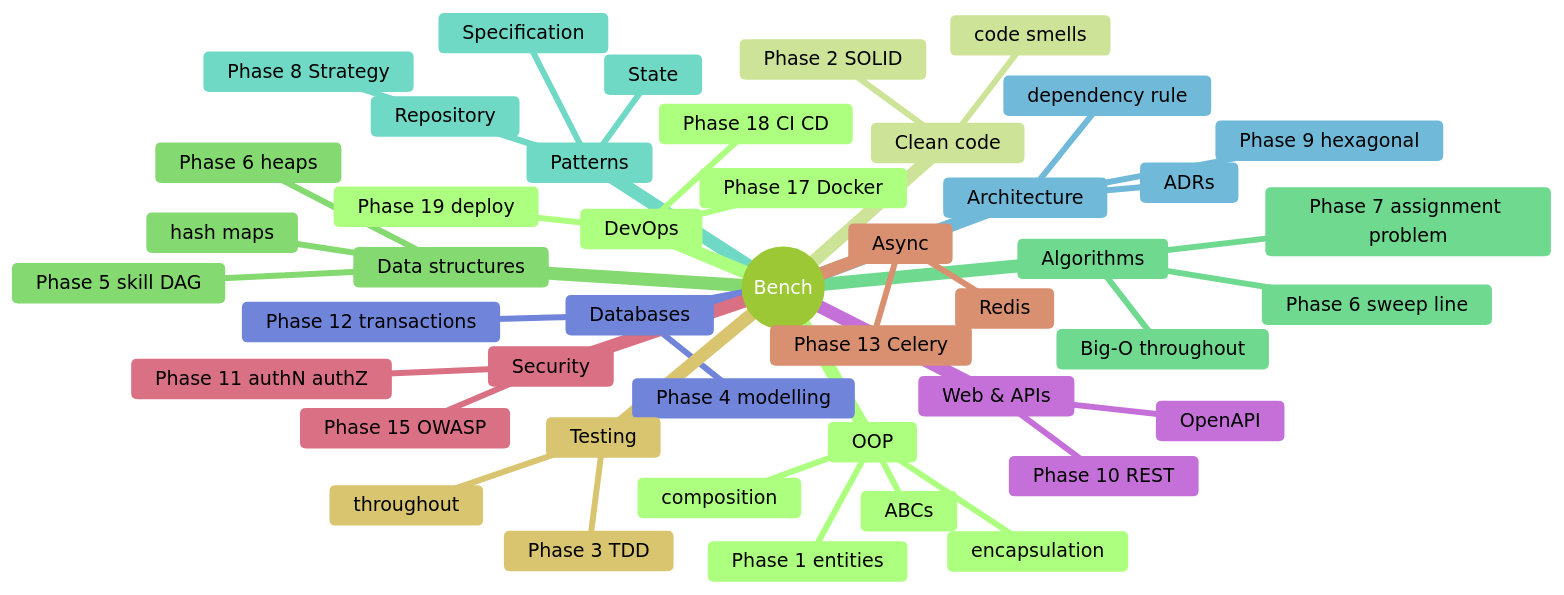
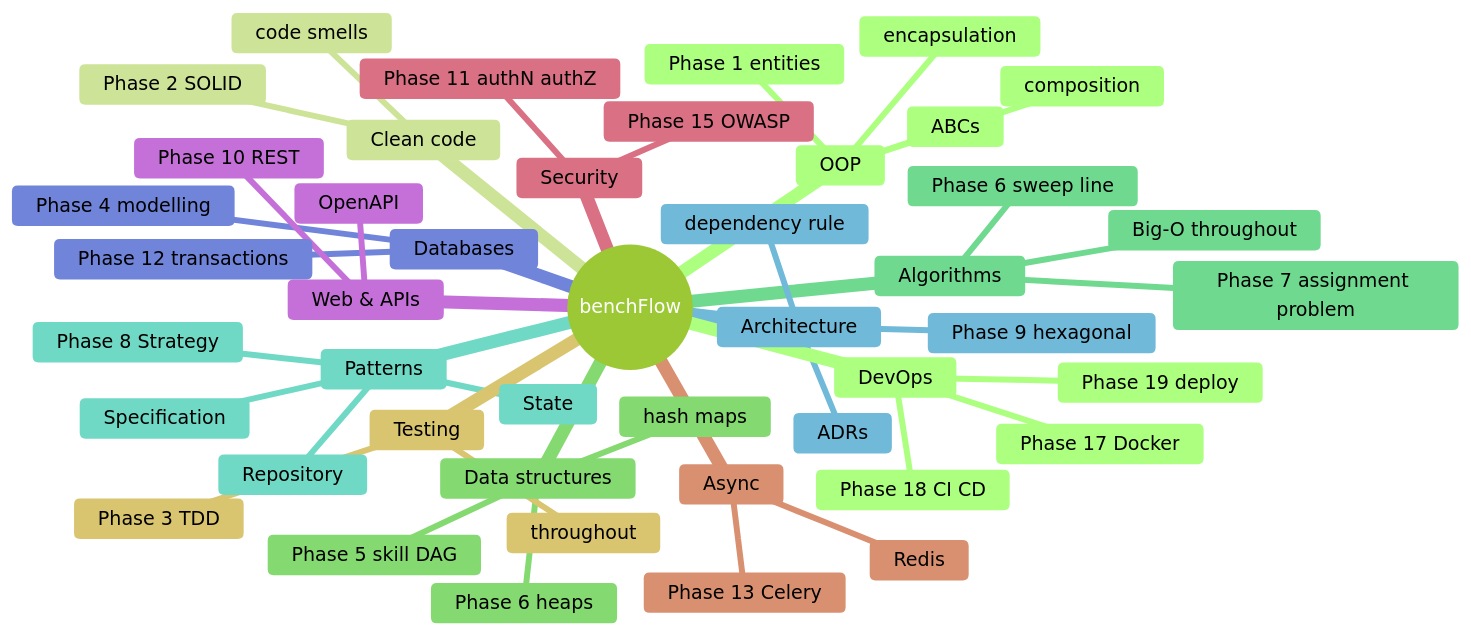
Diagram 12 of 13 in WORKFLOW.md (Shakarneh/BenchFlow), drawn with Mermaid (forest theme) before and after one commit. The commit also changed other lines of this file and 1 other file, not shown here.

Commit message:
Rename project to benchFlow and fix contradictions between the docs

````diff
--- a/WORKFLOW.md
+++ b/WORKFLOW.md
@@ -387,48 +393,48 @@
 ```mermaid
 mindmap
-  root((Bench))
+  root((benchFlow))
     OOP
       Phase 1 entities
       encapsulation
       ABCs
       composition
     Clean code
       Phase 2 SOLID
       code smells
     Data structures
       Phase 5 skill DAG
       Phase 6 heaps
       hash maps
     Algorithms
       Phase 6 sweep line
       Phase 7 assignment problem
       Big-O throughout
     Patterns
       Phase 8 Strategy
       Specification
       State
       Repository
     Architecture
       Phase 9 hexagonal
       dependency rule
       ADRs
     Databases
       Phase 4 modelling
       Phase 12 transactions
     Web & APIs
       Phase 10 REST
       OpenAPI
     Security
       Phase 11 authN authZ
       Phase 15 OWASP
     Async
       Phase 13 Celery
       Redis
     Testing
       Phase 3 TDD
       throughout
     DevOps
       Phase 17 Docker
       Phase 18 CI CD
       Phase 19 deploy
 ```
````
